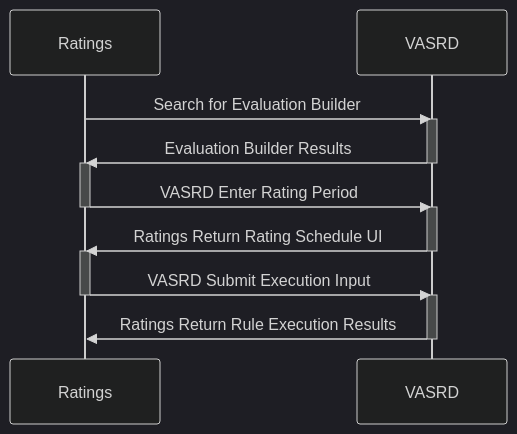
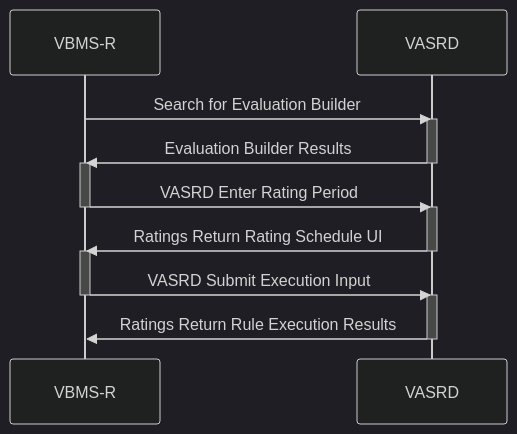
One commit to jeffryva/mermaid-test changed the diagram in VASRD_Service.md. Above: the diagram before and after it, drawn with Mermaid (dark theme).

````diff
--- a/VASRD_Service.md
+++ b/VASRD_Service.md
@@ -7,22 +7,22 @@
 ```mermaid
 sequenceDiagram
-    participant R as Ratings
+    participant R as VBMS-R
     participant V as VASRD
     R->>V: Search for Evaluation Builder
     activate V
     V->>R: Evaluation Builder Results
     deactivate V
     activate R
     R->>V: VASRD Enter Rating Period
     deactivate R
     activate V
     V->>R: Ratings Return Rating Schedule UI
     deactivate V
     activate R
     R->>V: VASRD Submit Execution Input
     deactivate R
     activate V
     V->>R: Ratings Return Rule Execution Results
     deactivate V
     activate R
 ```
````
